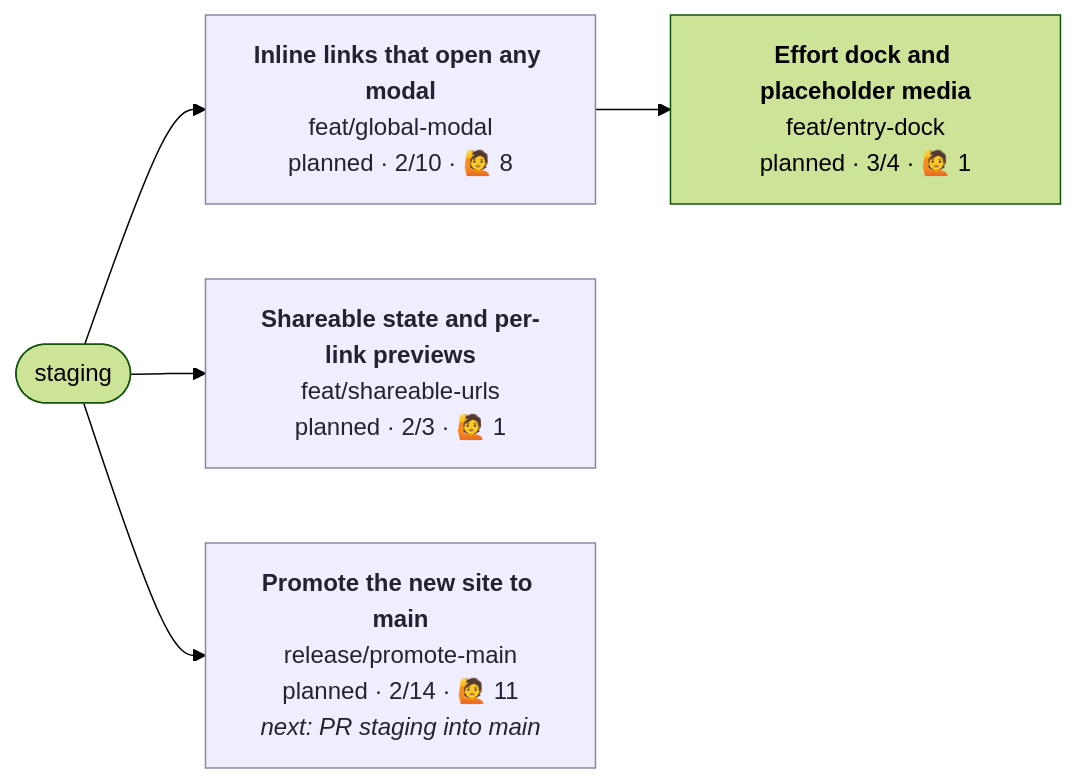
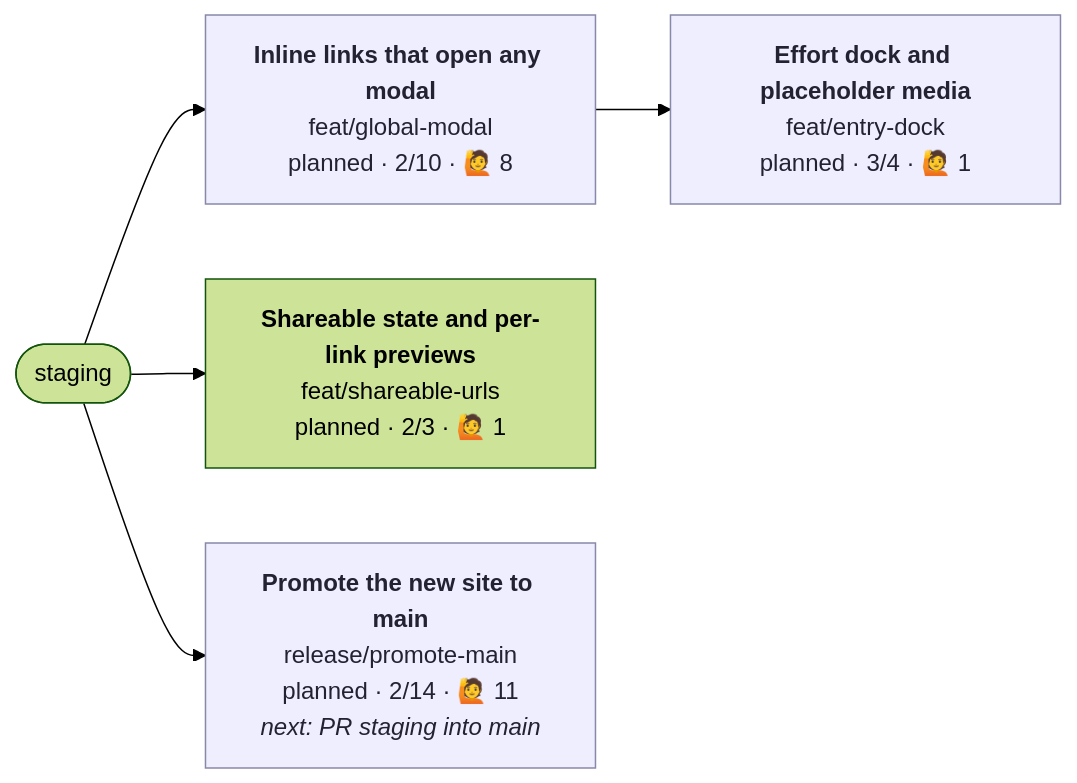
Before and after one commit to henryjonescodes/portfolio: the diagram in CONTRIBUTING.md, drawn with Mermaid (forest theme). The commit also changed other lines of this file, not shown here.

````diff
--- a/CONTRIBUTING.md
+++ b/CONTRIBUTING.md
@@ -5,21 +5,21 @@
 ```mermaid
 flowchart LR
   n_staging([staging])
   n_feat_entry_dock["<b>Effort dock and placeholder media</b><br/>feat/entry-dock<br/>planned · 3/4 · 🙋 1"]
-  class n_feat_entry_dock planned,current
+  class n_feat_entry_dock planned
   n_feat_global_modal --> n_feat_entry_dock
   n_feat_global_modal["<b>Inline links that open any modal</b><br/>feat/global-modal<br/>planned · 2/10 · 🙋 8"]
   class n_feat_global_modal planned
   n_staging --> n_feat_global_modal
   n_feat_shareable_urls["<b>Shareable state and per-link previews</b><br/>feat/shareable-urls<br/>planned · 2/3 · 🙋 1"]
-  class n_feat_shareable_urls planned
+  class n_feat_shareable_urls planned,current
   n_staging --> n_feat_shareable_urls
   n_release_promote_main["<b>Promote the new site to main</b><br/>release/promote-main<br/>planned · 2/14 · 🙋 11<br/><i>next: PR staging into main</i>"]
   class n_release_promote_main planned
   n_staging --> n_release_promote_main
   classDef planned fill:#eef,stroke:#88a,color:#223
   classDef active fill:#dfd,stroke:#3a3,stroke-width:3px,color:#132
   classDef blocked fill:#fdd,stroke:#c33,color:#311
   classDef review fill:#ffd,stroke:#cc3,color:#331
   classDef current stroke:#06c,stroke-width:4px
 ```
````
